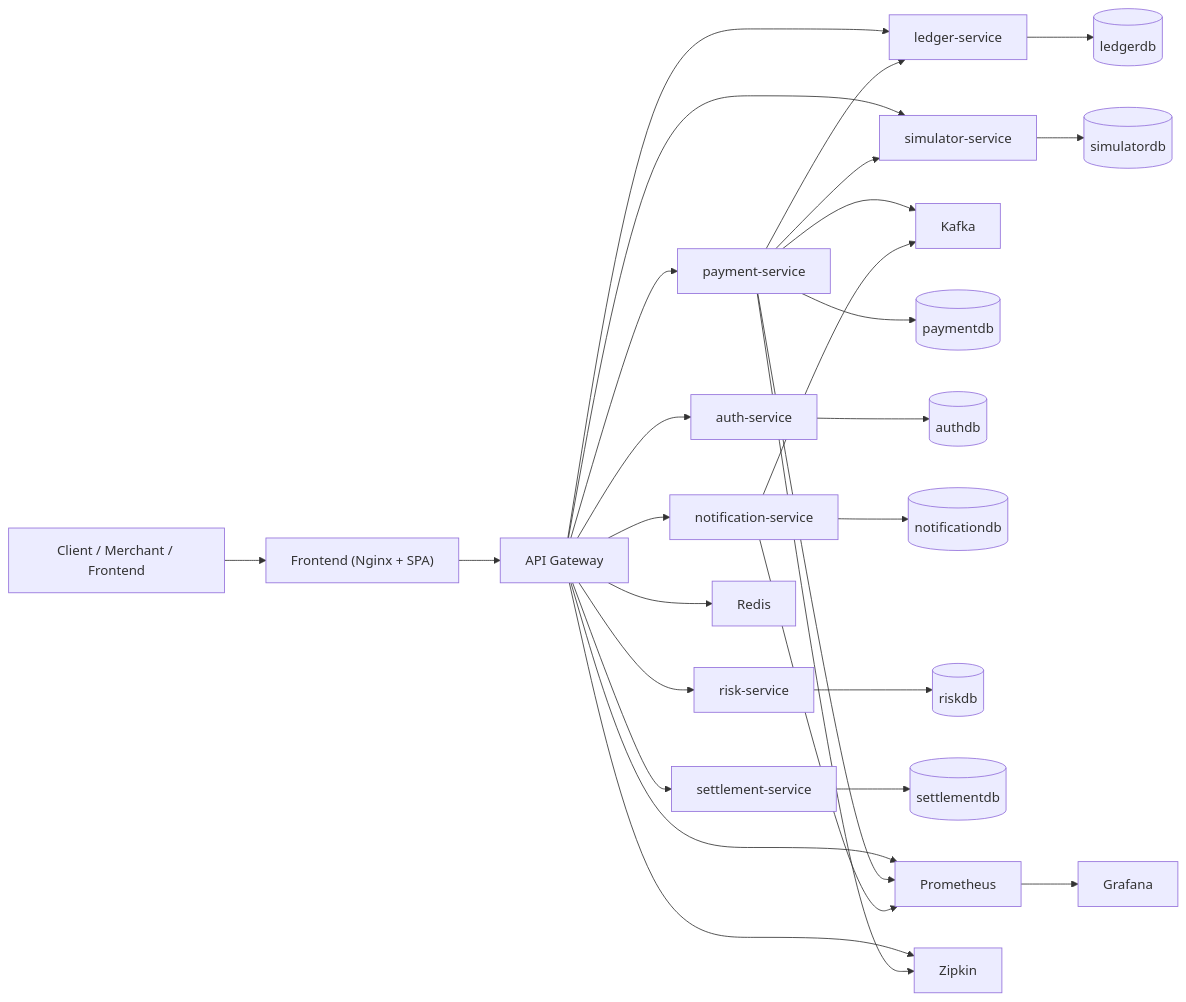
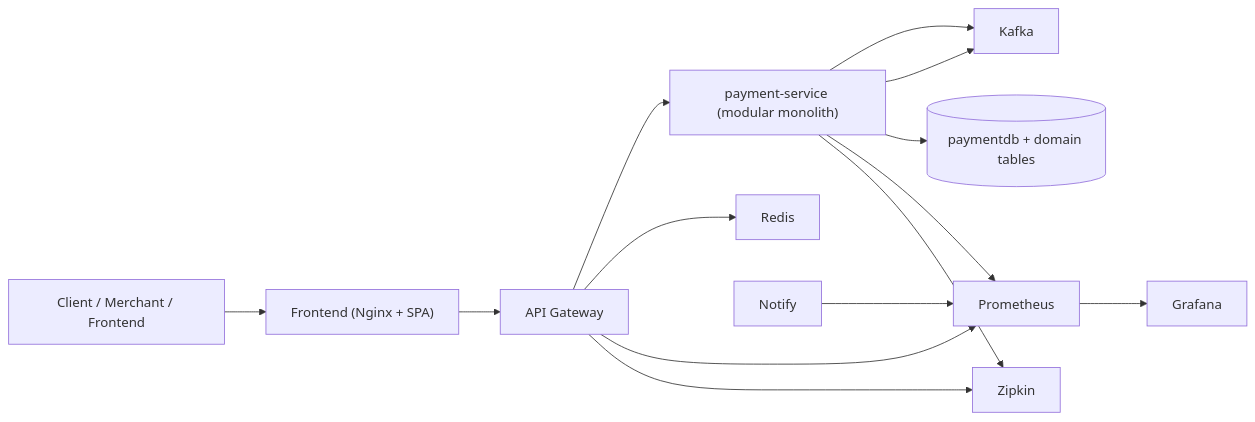
One commit to Drive10/payment-gateway changed the diagram in README.md. Above: the diagram before and after it, drawn with Mermaid. The commit also changed other lines of this file and 143 other files, not shown here.

````diff
--- a/README.md
+++ b/README.md
@@ -16,34 +16,20 @@
 ```mermaid
 flowchart LR
     Client["Client / Merchant / Frontend"] --> Nginx["Frontend (Nginx + SPA)"]
     Nginx --> Gateway["API Gateway"]
 
-    Gateway --> Payment["payment-service"]
-    Gateway --> Auth["auth-service"]
-    Gateway --> Ledger["ledger-service"]
-    Gateway --> Notify["notification-service"]
-    Gateway --> Risk["risk-service"]
-    Gateway --> Settlement["settlement-service"]
-    Gateway --> Simulator["simulator-service"]
+    Gateway --> Payment["payment-service (modular monolith)"]
 
     Payment --> Kafka["Kafka"]
     Gateway --> Redis["Redis"]
-    Payment --> Ledger
-    Payment --> Simulator
-    Notify --> Kafka
+    Payment --> Kafka
 
-    Payment --> PayDB[("paymentdb")]
-    Auth --> AuthDB[("authdb")]
-    Ledger --> LedgerDB[("ledgerdb")]
-    Notify --> NotifyDB[("notificationdb")]
-    Risk --> RiskDB[("riskdb")]
-    Settlement --> SettlementDB[("settlementdb")]
-    Simulator --> SimDB[("simulatordb")]
+    Payment --> PayDB[("paymentdb + domain tables")]
 
     Gateway --> Prom["Prometheus"]
     Payment --> Prom
     Notify --> Prom
     Prom --> Grafana["Grafana"]
     Gateway --> Zipkin["Zipkin"]
     Payment --> Zipkin
 ```
````
